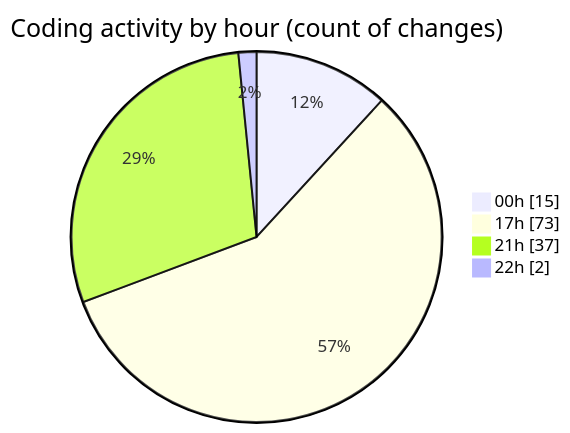
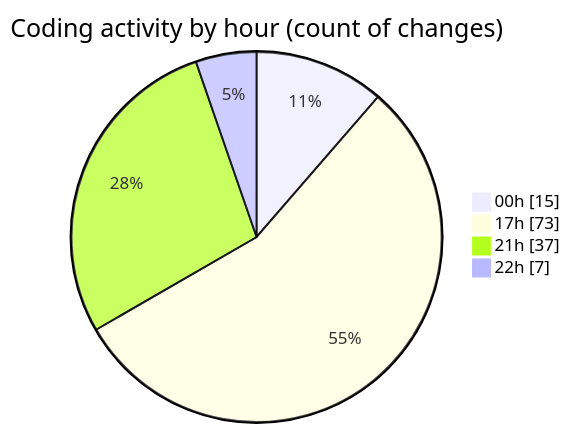
The second of 2 diagrams in 2025-04-06/echo/README.md (Netris89/code-tracking), drawn with Mermaid before and after one commit. The commit also changed other lines of this file and 1 other file, not shown here.

````diff
--- a/2025-04-06/echo/README.md
+++ b/2025-04-06/echo/README.md
@@ -39,8 +39,8 @@
 ```mermaid
 pie showData
 title Coding activity by hour (count of changes)
 "00h" : 15
 "17h" : 73
 "21h" : 37
-"22h" : 2
+"22h" : 7
 ```
````
